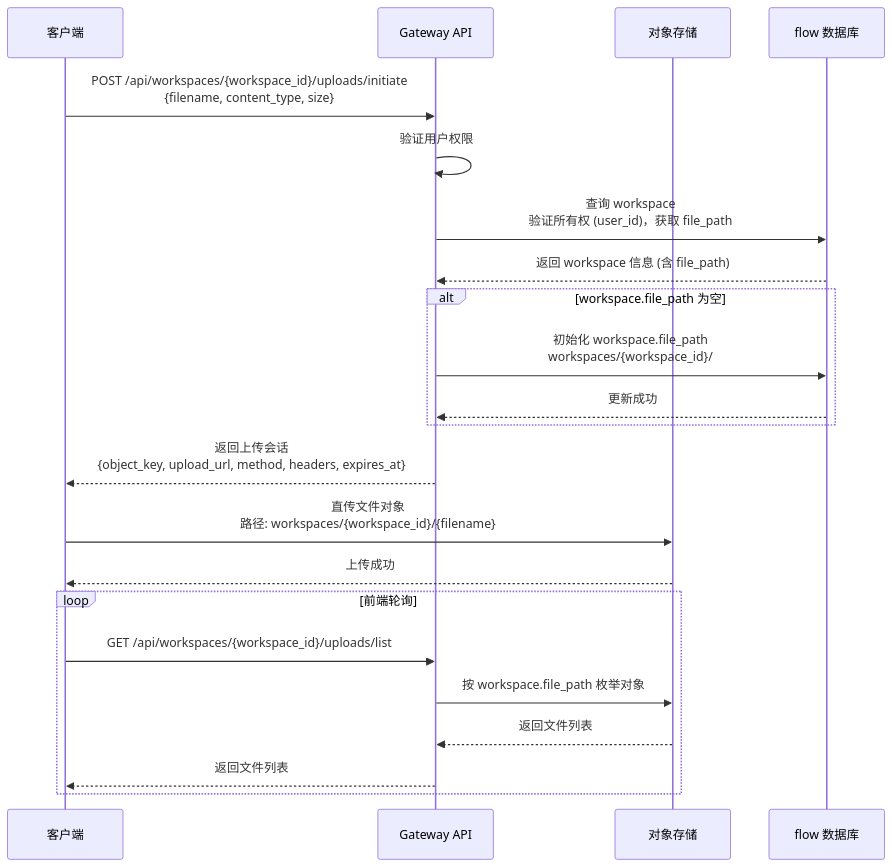
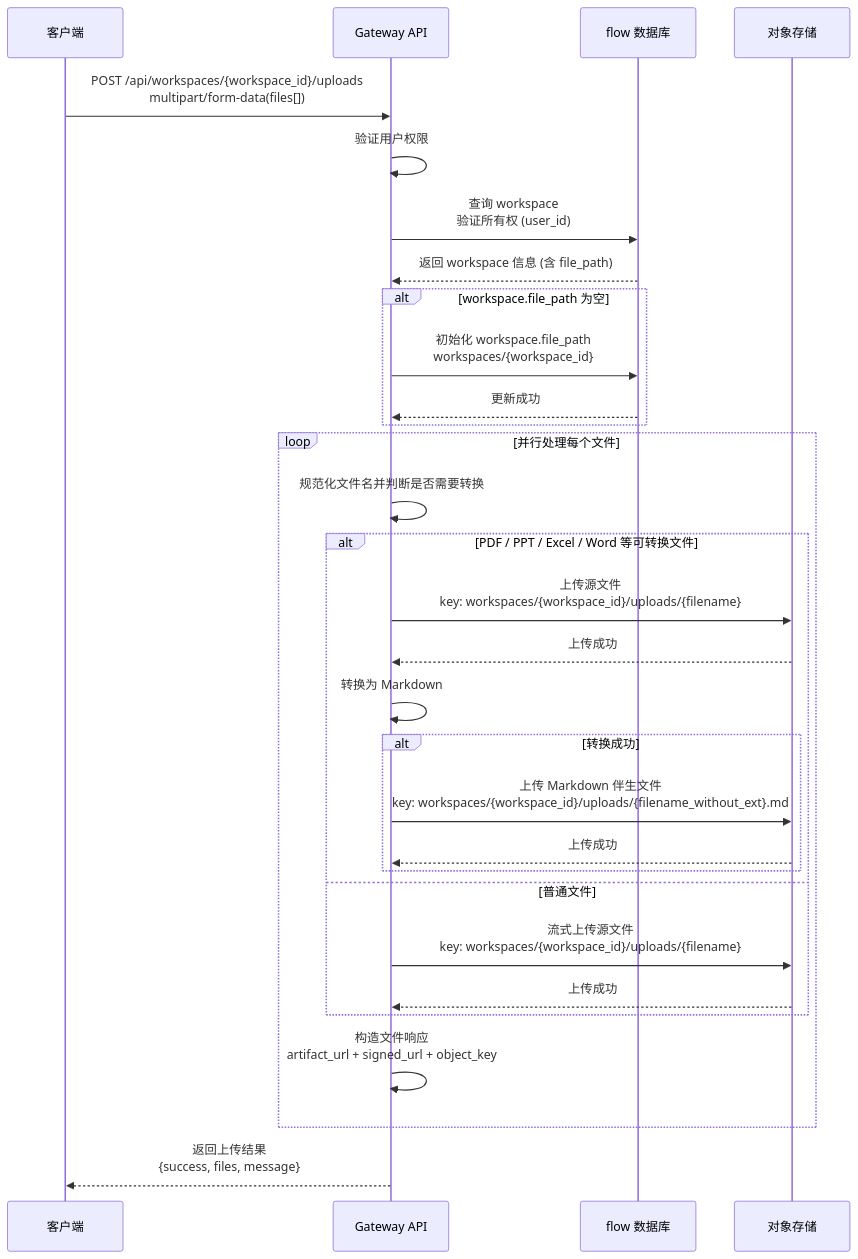
Before and after one commit to early-chinese-civilization/deer-flow: the third of 15 diagrams in DeerFlow接口时序图.md, drawn with Mermaid. The commit also changed other lines of this file, not shown here.

Commit message:
docs: 更新 OSS 文件上传与访问时序图

````diff
--- a/DeerFlow接口时序图.md
+++ b/DeerFlow接口时序图.md
@@ -81,30 +81,37 @@
 ```mermaid
 sequenceDiagram
     participant Client as 客户端
     participant Gateway as Gateway API
+    participant FlowDB as flow 数据库
     participant OSS as 对象存储
-    participant DB as flow 数据库
     
-    Client->>Gateway: POST /api/workspaces/{workspace_id}/uploads/initiate<br/>{filename, content_type, size}
+    Client->>Gateway: POST /api/workspaces/{workspace_id}/uploads<br/>multipart/form-data(files[])
     Gateway->>Gateway: 验证用户权限
-    
-    Gateway->>DB: 查询 workspace<br/>验证所有权 (user_id)，获取 file_path
-    DB-->>Gateway: 返回 workspace 信息 (含 file_path)
-    
+
+    Gateway->>FlowDB: 查询 workspace<br/>验证所有权 (user_id)
+    FlowDB-->>Gateway: 返回 workspace 信息 (含 file_path)
+
     alt workspace.file_path 为空
-        Gateway->>DB: 初始化 workspace.file_path<br/>workspaces/{workspace_id}/
-        DB-->>Gateway: 更新成功
+        Gateway->>FlowDB: 初始化 workspace.file_path<br/>workspaces/{workspace_id}
+        FlowDB-->>Gateway: 更新成功
     end
-    
-    Gateway-->>Client: 返回上传会话<br/>{object_key, upload_url, method, headers, expires_at}
-    
-    Client->>OSS: 直传文件对象<br/>路径: workspaces/{workspace_id}/{filename}
-    OSS-->>Client: 上传成功
-    
-    loop 前端轮询
-        Client->>Gateway: GET /api/workspaces/{workspace_id}/uploads/list
-        Gateway->>OSS: 按 workspace.file_path 枚举对象
-        OSS-->>Gateway: 返回文件列表
-        Gateway-->>Client: 返回文件列表
+
+    loop 并行处理每个文件
+        Gateway->>Gateway: 规范化文件名并判断是否需要转换
+        alt PDF / PPT / Excel / Word 等可转换文件
+            Gateway->>OSS: 上传源文件<br/>key: workspaces/{workspace_id}/uploads/{filename}
+            OSS-->>Gateway: 上传成功
+            Gateway->>Gateway: 转换为 Markdown
+            alt 转换成功
+                Gateway->>OSS: 上传 Markdown 伴生文件<br/>key: workspaces/{workspace_id}/uploads/{filename_without_ext}.md
+                OSS-->>Gateway: 上传成功
+            end
+        else 普通文件
+            Gateway->>OSS: 流式上传源文件<br/>key: workspaces/{workspace_id}/uploads/{filename}
+            OSS-->>Gateway: 上传成功
+        end
+        Gateway->>Gateway: 构造文件响应<br/>artifact_url + signed_url + object_key
     end
+
+    Gateway-->>Client: 返回上传结果<br/>{success, files, message}
 ```
````
